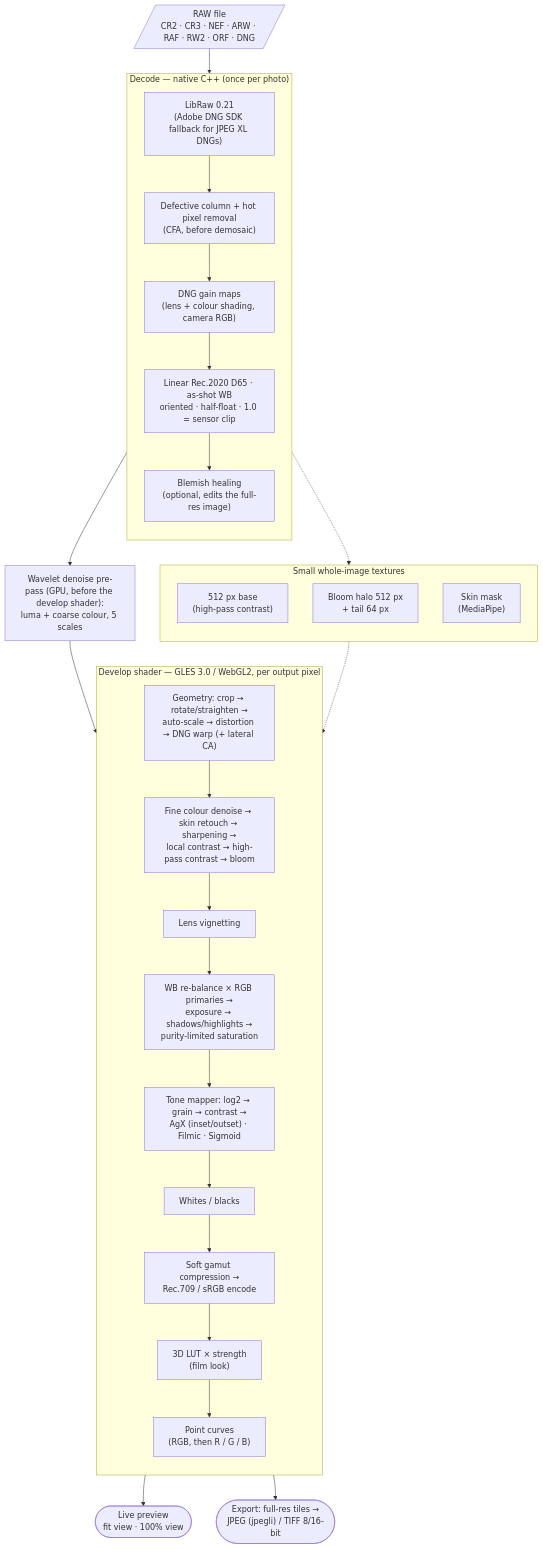
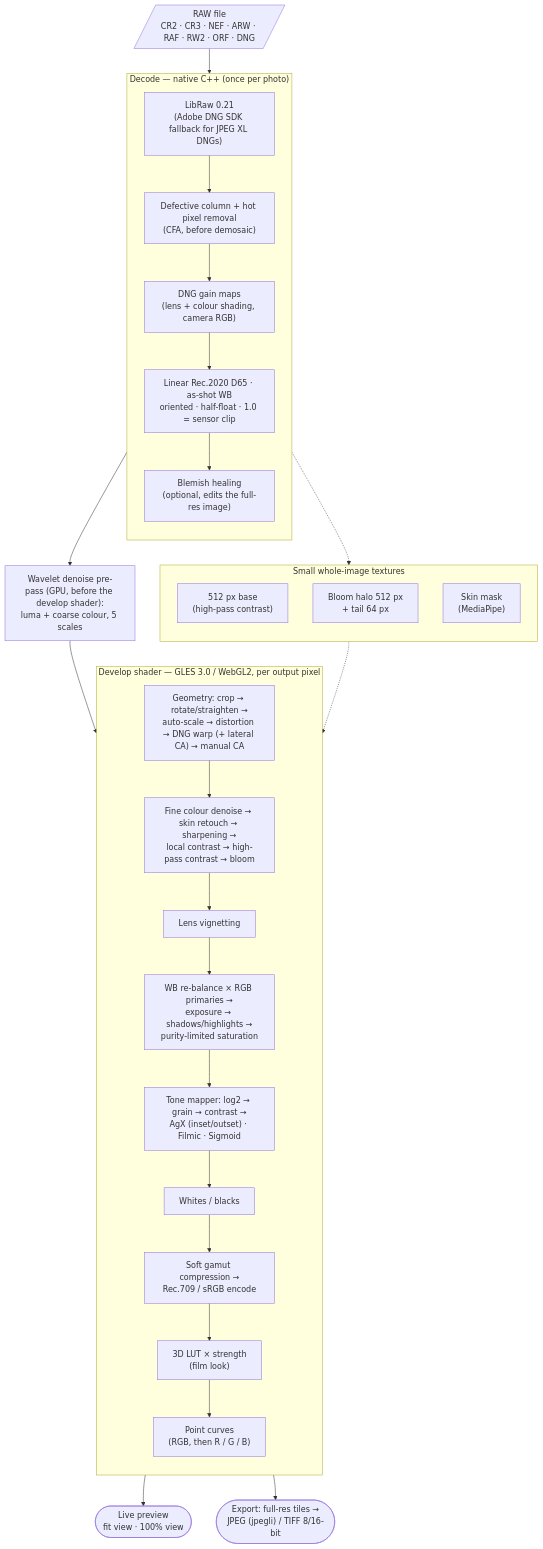
One commit to lexusag/RawBoy changed the diagram in docs/pipeline.md. Above: the diagram before and after it, drawn with Mermaid. The commit also changed 30 other files, not shown here.

````diff
--- a/docs/pipeline.md
+++ b/docs/pipeline.md
@@ -3,44 +3,44 @@
 ```mermaid
 flowchart TD
     raw[/"RAW file<br/>CR2 · CR3 · NEF · ARW · RAF · RW2 · ORF · DNG"/]
 
     subgraph CPU["Decode — native C++ (once per photo)"]
         direction TB
         dec["LibRaw 0.21<br/>(Adobe DNG SDK fallback for JPEG XL DNGs)"]
         hot["Defective column + hot pixel removal<br/>(CFA, before demosaic)"]
         gain["DNG gain maps<br/>(lens + colour shading, camera RGB)"]
         lin["Linear Rec.2020 D65 · as-shot WB<br/>oriented · half-float · 1.0 = sensor clip"]
         blem["Blemish healing<br/>(optional, edits the full-res image)"]
         dec --> hot --> gain --> lin --> blem
     end
 
     subgraph AUX["Small whole-image textures"]
         direction TB
         base["512 px base<br/>(high-pass contrast)"]
         bloomTex["Bloom halo 512 px<br/>+ tail 64 px"]
         skin["Skin mask<br/>(MediaPipe)"]
     end
 
     subgraph GPU["Develop shader — GLES 3.0 / WebGL2, per output pixel"]
         direction TB
-        geo["Geometry: crop → rotate/straighten →<br/>auto-scale → distortion → DNG warp (+ lateral CA)"]
+        geo["Geometry: crop → rotate/straighten →<br/>auto-scale → distortion → DNG warp (+ lateral CA) → manual CA"]
         spatial["Fine colour denoise → skin retouch → sharpening →<br/>local contrast → high-pass contrast → bloom"]
         vig["Lens vignetting"]
         light["WB re-balance × RGB primaries →<br/>exposure → shadows/highlights →<br/>purity-limited saturation"]
         agx["Tone mapper: log2 → grain → contrast →<br/>AgX (inset/outset) · Filmic · Sigmoid"]
         levels["Whites / blacks"]
         disp["Soft gamut compression →<br/>Rec.709 / sRGB encode"]
         lut["3D LUT × strength<br/>(film look)"]
         curves["Point curves<br/>(RGB, then R / G / B)"]
         geo --> spatial --> vig --> light --> agx --> levels --> disp --> lut --> curves
     end
 
     raw --> dec
     blem --> wav["Wavelet denoise pre-pass (GPU, before the develop shader):<br/>luma + coarse colour, 5 scales"]
     wav --> geo
     blem -.-> AUX
     AUX -.-> spatial
 
     curves --> preview(["Live preview<br/>fit view · 100% view"])
     curves --> export(["Export: full-res tiles →<br/>JPEG (jpegli) / TIFF 8/16-bit"])
 ```
````
